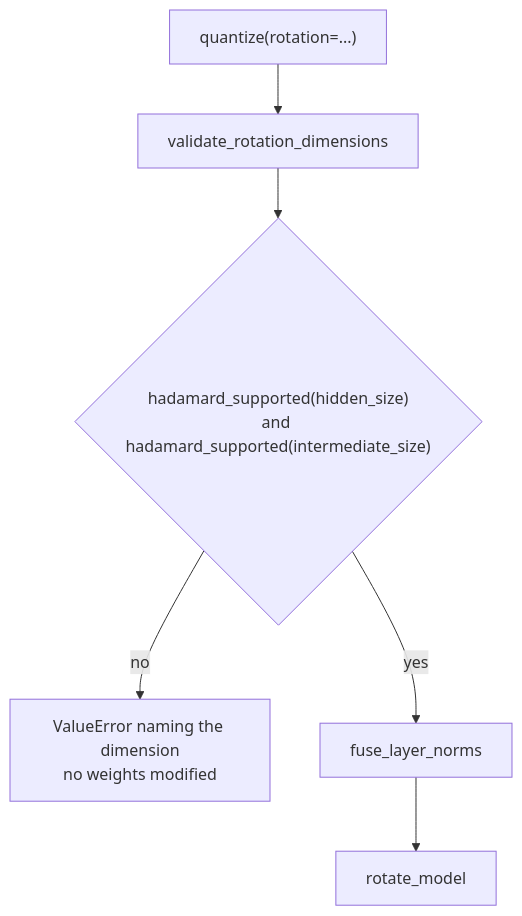
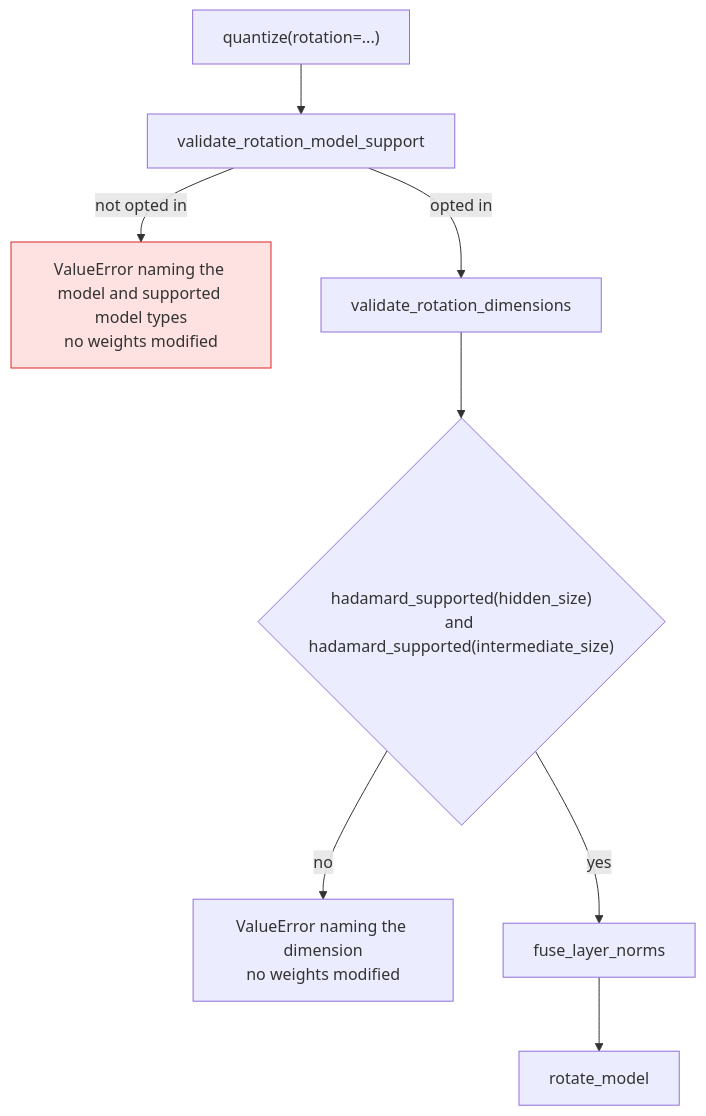
Before and after one commit to ModelCloud/GPTQModel: the fourth of 5 diagrams in docs/quantization-features.md, drawn with Mermaid. The commit also changed other lines of this file and 7 other files, not shown here.

Commit message:
fix(models): gate model rotation on explicit per-model-type opt-in (#4169)

````diff
--- a/docs/quantization-features.md
+++ b/docs/quantization-features.md
@@ -114,8 +114,11 @@
 ```mermaid
 flowchart TD
-    A["quantize(rotation=...)"] --> B["validate_rotation_dimensions"]
+    A["quantize(rotation=...)"] --> M["validate_rotation_model_support"]
+    M -- "not opted in" --> N["ValueError naming the model and supported model types<br/>no weights modified"]
+    M -- "opted in" --> B["validate_rotation_dimensions"]
     B --> C{"hadamard_supported(hidden_size)<br/>and hadamard_supported(intermediate_size)"}
     C -- no --> D["ValueError naming the dimension<br/>no weights modified"]
     C -- yes --> E["fuse_layer_norms"]
     E --> F["rotate_model"]
+    style N fill:#fde2e1,stroke:#dc2626
 ```
````
